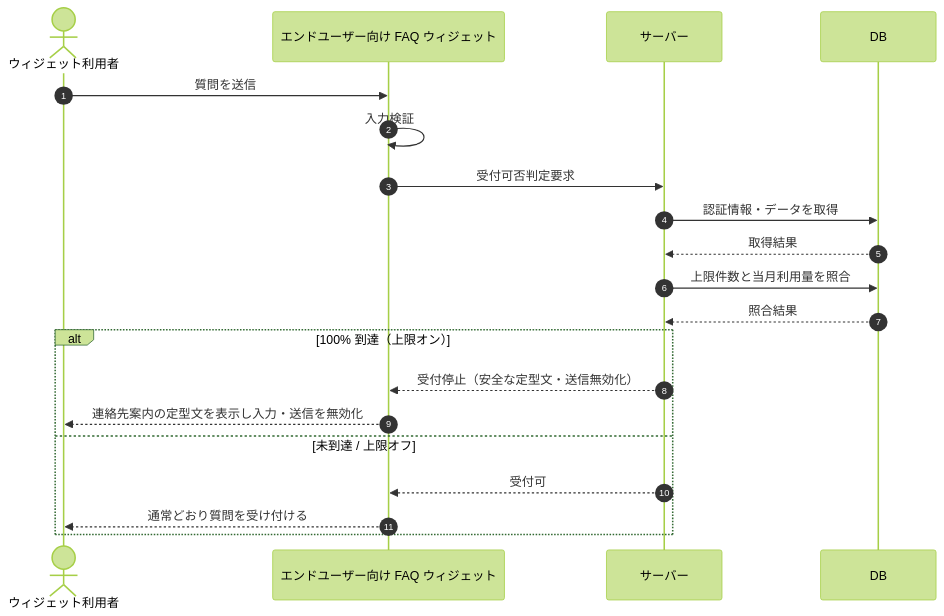
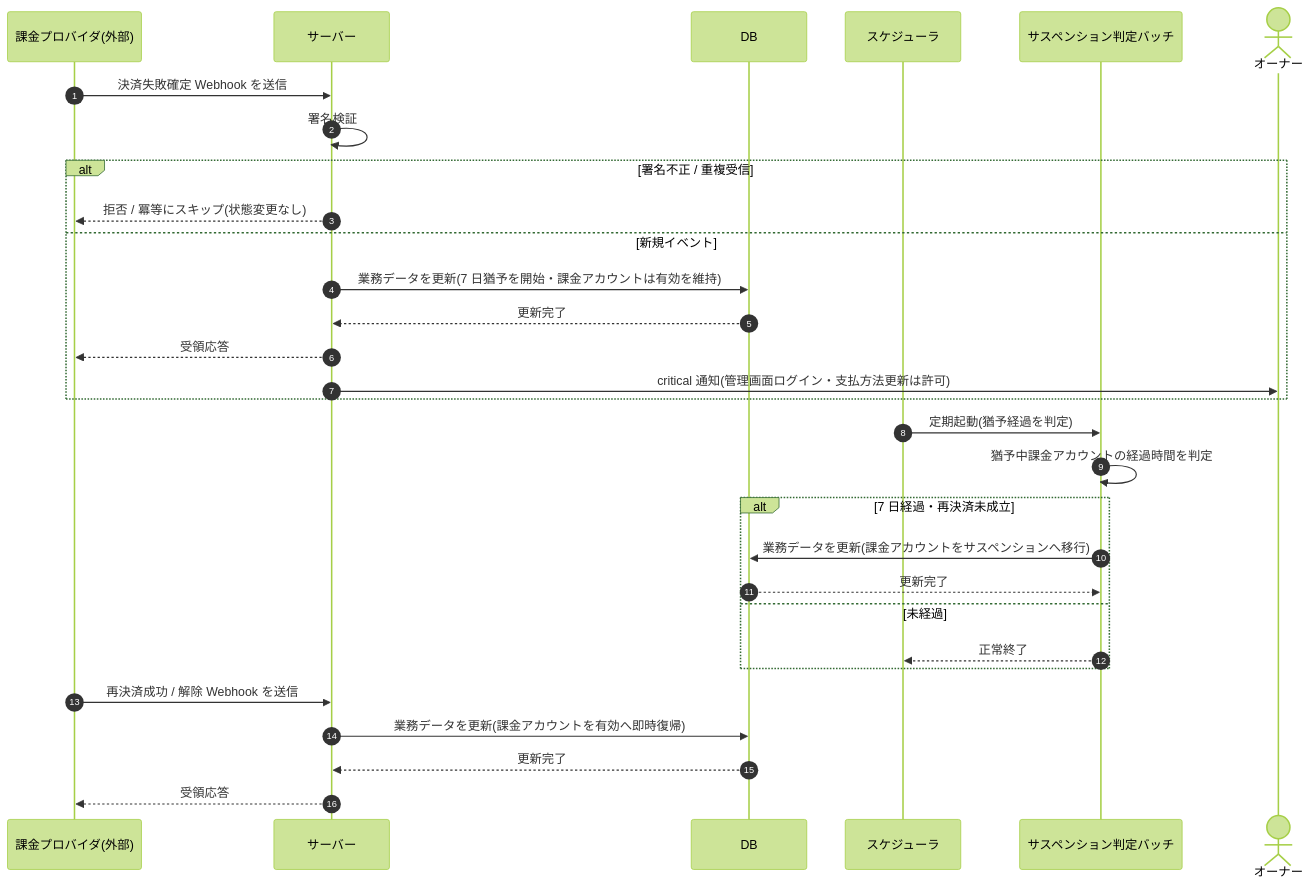
Before and after one commit to sikakou54/open-faq: the diagram in 02_basic_design/03_sequences/SEQ-098.md, drawn with Mermaid (forest theme). The commit also changed other lines of this file and 99 other files, not shown here.

````diff
--- a/02_basic_design/03_sequences/SEQ-098.md
+++ b/02_basic_design/03_sequences/SEQ-098.md
@@ -25,22 +25,32 @@
 ```mermaid
 sequenceDiagram
   autonumber
-  actor U as ウィジェット利用者
-  participant Screen as エンドユーザー向け FAQ ウィジェット
+  participant P as 課金プロバイダ(外部)
   participant Server as サーバー
   participant DB as DB
-  U->>Screen: 質問を送信
-  Screen->>Screen: 入力検証
-  Screen->>Server: 受付可否判定要求
-  Server->>DB: 認証情報・データを取得
-  DB-->>Server: 取得結果
-  Server->>DB: 上限件数と当月利用量を照合
-  DB-->>Server: 照合結果
-  alt 100% 到達（上限オン）
-    Server-->>Screen: 受付停止（安全な定型文・送信無効化）
-    Screen-->>U: 連絡先案内の定型文を表示し入力・送信を無効化
-  else 未到達 / 上限オフ
-    Server-->>Screen: 受付可
-    Screen-->>U: 通常どおり質問を受け付ける
+  participant SCH as スケジューラ
+  participant B as サスペンション判定バッチ
+  actor O as オーナー
+  P->>Server: 決済失敗確定 Webhook を送信
+  Server->>Server: 署名検証
+  alt 署名不正 / 重複受信
+    Server-->>P: 拒否 / 冪等にスキップ(状態変更なし)
+  else 新規イベント
+    Server->>DB: 業務データを更新(7 日猶予を開始・課金アカウントは有効を維持)
+    DB-->>Server: 更新完了
+    Server-->>P: 受領応答
+    Server->>O: critical 通知(管理画面ログイン・支払方法更新は許可)
   end
+  SCH->>B: 定期起動(猶予経過を判定)
+  B->>B: 猶予中課金アカウントの経過時間を判定
+  alt 7 日経過・再決済未成立
+    B->>DB: 業務データを更新(課金アカウントをサスペンションへ移行)
+    DB-->>B: 更新完了
+  else 未経過
+    B-->>SCH: 正常終了
+  end
+  P->>Server: 再決済成功 / 解除 Webhook を送信
+  Server->>DB: 業務データを更新(課金アカウントを有効へ即時復帰)
+  DB-->>Server: 更新完了
+  Server-->>P: 受領応答
 ```
````
